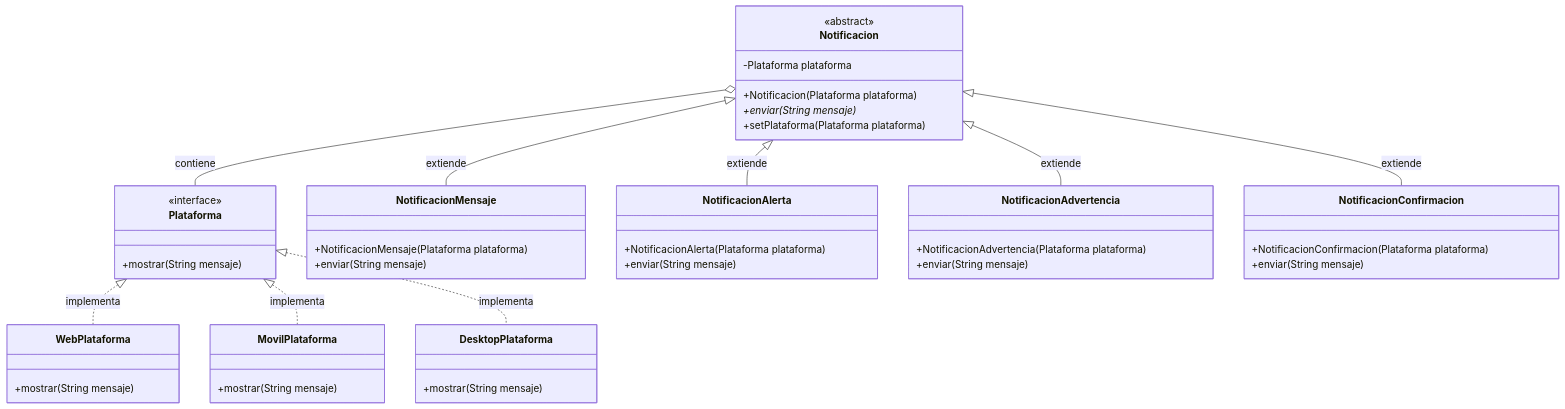
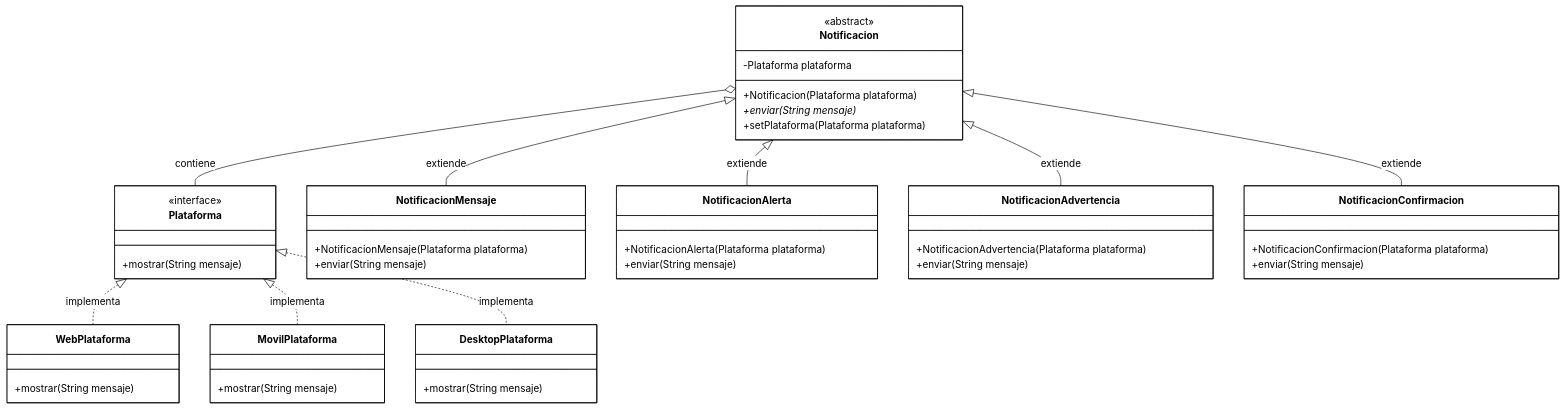
The first of 5 diagrams in src/main/java/org/example/notifications/bridge/README.md (LeoUnisabana/PATRONES), drawn with Mermaid before and after one commit.

````diff
--- a/src/main/java/org/example/notifications/bridge/README.md
+++ b/src/main/java/org/example/notifications/bridge/README.md
@@ -52,63 +52,64 @@
 ```mermaid
+%%{ init: { 'theme': 'base', 'themeVariables': { 'background': '#ffffff', 'primaryColor': '#ffffff', 'primaryTextColor': '#000000', 'primaryBorderColor': '#000000', 'lineColor': '#000000', 'secondaryColor': '#ffffff', 'secondaryTextColor': '#000000', 'tertiaryColor': '#ffffff', 'tertiaryTextColor': '#000000' } } }%%
 classDiagram
     %% Jerarquía de Implementación (Plataformas)
     class Plataforma {
         <<interface>>
         +mostrar(String mensaje)
     }
     
     class WebPlataforma {
         +mostrar(String mensaje)
     }
     
     class MovilPlataforma {
         +mostrar(String mensaje)
     }
     
     class DesktopPlataforma {
         +mostrar(String mensaje)
     }
     
     Plataforma <|.. WebPlataforma : implementa
     Plataforma <|.. MovilPlataforma : implementa
     Plataforma <|.. DesktopPlataforma : implementa
     
     %% Jerarquía de Abstracción (Notificaciones)
     class Notificacion {
         <<abstract>>
         -Plataforma plataforma
         +Notificacion(Plataforma plataforma)
         +enviar(String mensaje)*
         +setPlataforma(Plataforma plataforma)
     }
     
     class NotificacionMensaje {
         +NotificacionMensaje(Plataforma plataforma)
         +enviar(String mensaje)
     }
     
     class NotificacionAlerta {
         +NotificacionAlerta(Plataforma plataforma)
         +enviar(String mensaje)
     }
     
     class NotificacionAdvertencia {
         +NotificacionAdvertencia(Plataforma plataforma)
         +enviar(String mensaje)
     }
     
     class NotificacionConfirmacion {
         +NotificacionConfirmacion(Plataforma plataforma)
         +enviar(String mensaje)
     }
     
     Notificacion <|-- NotificacionMensaje : extiende
     Notificacion <|-- NotificacionAlerta : extiende
     Notificacion <|-- NotificacionAdvertencia : extiende
     Notificacion <|-- NotificacionConfirmacion : extiende
     
     %% Bridge: Relación entre las dos jerarquías
     Notificacion o-- Plataforma : contiene
     
     %% Estilo para mejor visualización
 ```
````
